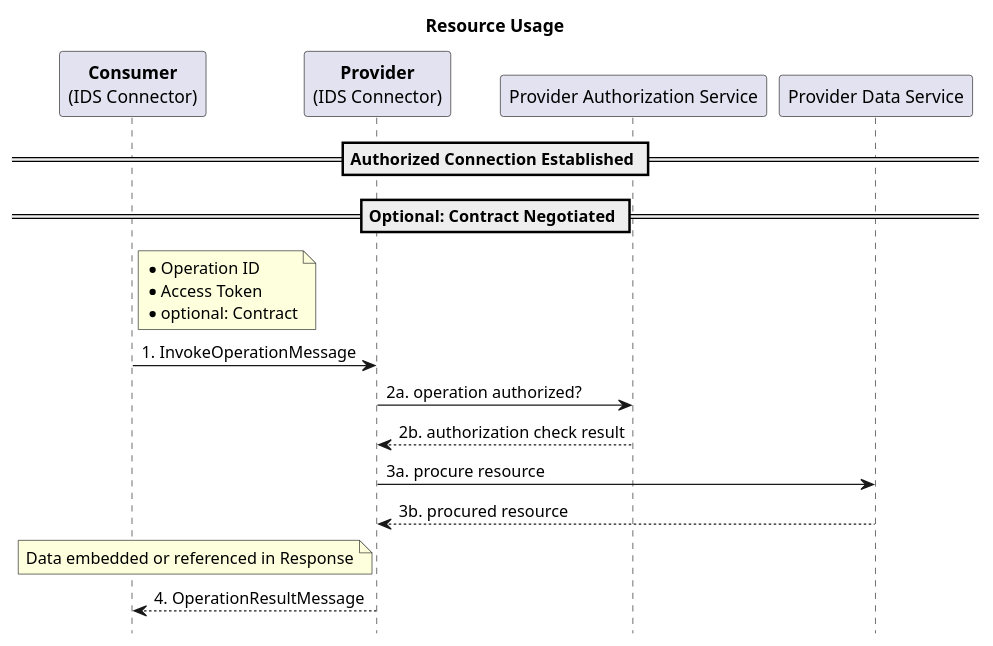
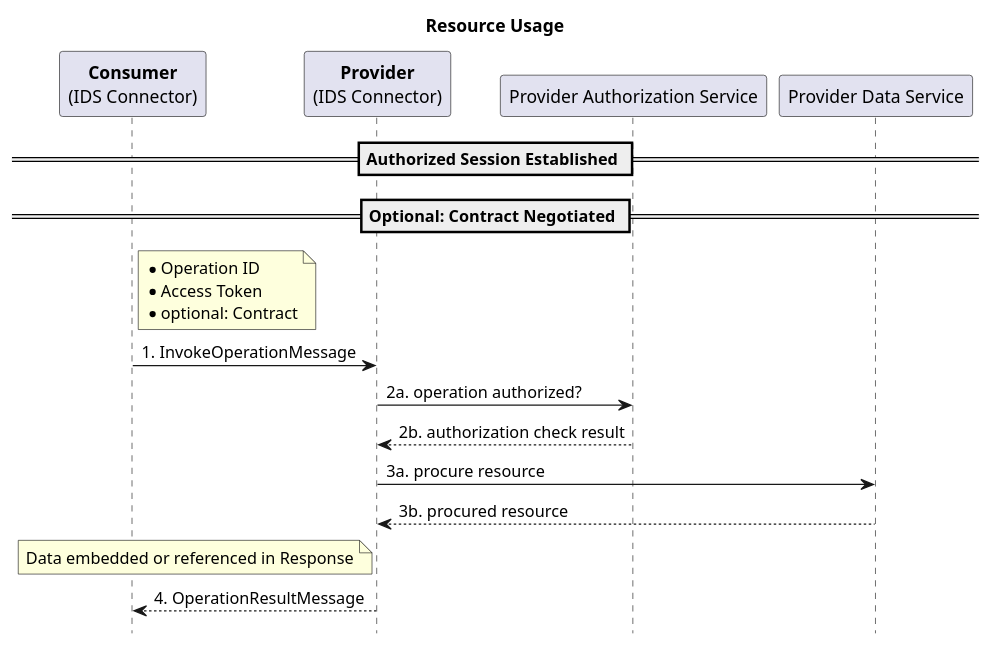
Before and after one commit to IndustrialDataSpace/Documentation: the diagram in resource_usage.plantuml, drawn with PlantUML.

Commit message:
naming updates

```diff
--- a/resource_usage.plantuml
+++ b/resource_usage.plantuml
@@ -1,28 +1,28 @@
 @startuml
 
 hide footbox
 
 title Resource Usage
 
 participant "**Consumer**\n(IDS Connector)" as C
 participant "**Provider**\n(IDS Connector)" as P
 participant "Provider Authorization Service" as PAS
 participant "Provider Data Service" as PDS
 
-== Authorized Connection Established ==
+== Authorized Session Established ==
 
 == Optional: Contract Negotiated ==
 
 note right of C: *Operation ID\n*Access Token\n*optional: Contract
 C -> P: 1. InvokeOperationMessage
 
 P -> PAS: 2a. operation authorized?
 P <-- PAS: 2b. authorization check result
 
 P -> PDS: 3a. procure resource
 P <-- PDS: 3b. procured resource
 
 note left of P: Data embedded or referenced in Response
 C <-- P: 4. OperationResultMessage
 
 @enduml
```
